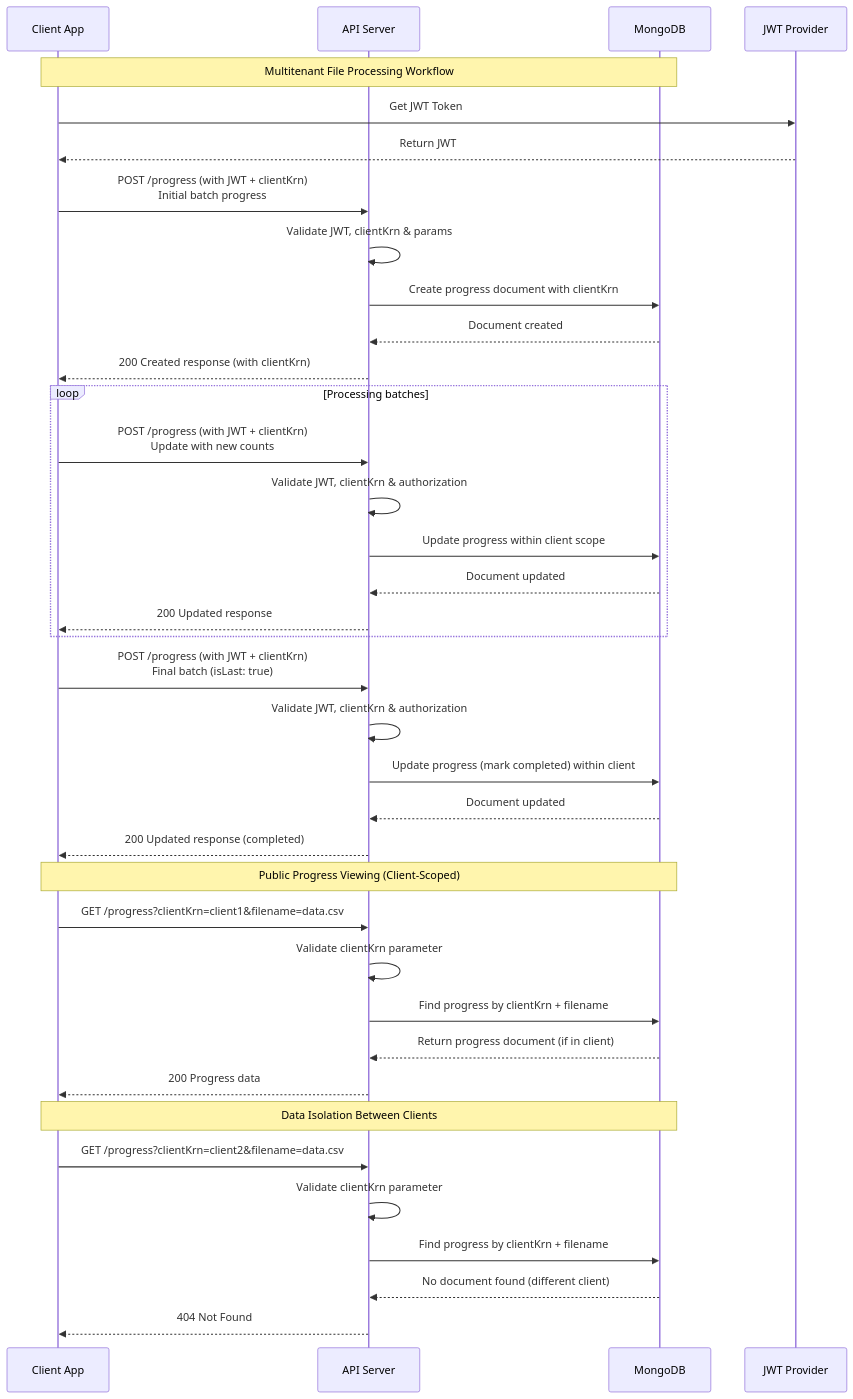
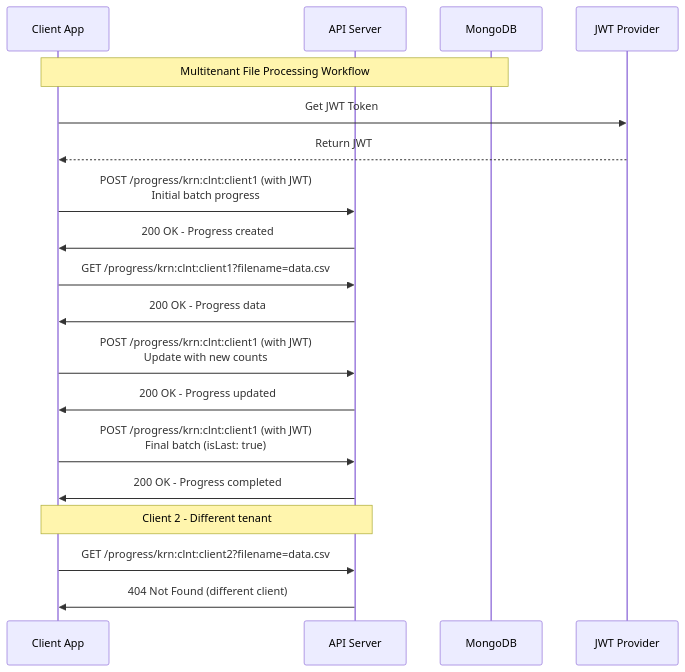
One commit to pirkus/pebbles changed the second of 3 diagrams in use-cases.md. Above: the diagram before and after it, drawn with Mermaid. The commit also changed other lines of this file and 2 other files, not shown here.

Commit message:
Fix API documentation: clientKrn is path parameter, not query/body parameter
- Updated README.md to show correct endpoint paths: /progress/:clientKrn
- Updated use-cases.md with correct API examples and sequence diagrams
- Updated examples/api-usage.md with correct curl commands
- Removed clientKrn from request body examples (it's now a path parameter)
- All tests pass, implementation was already correct

````diff
--- a/use-cases.md
+++ b/use-cases.md
@@ -47,48 +47,25 @@
 ```mermaid
 sequenceDiagram
     participant C as Client App
     participant A as API Server
     participant D as MongoDB
     participant J as JWT Provider
     
     Note over C,D: Multitenant File Processing Workflow
     
     C->>J: Get JWT Token
     J-->>C: Return JWT
     
-    C->>A: POST /progress (with JWT + clientKrn)<br/>Initial batch progress
-    A->>A: Validate JWT, clientKrn & params
-    A->>D: Create progress document with clientKrn
-    D-->>A: Document created
-    A-->>C: 200 Created response (with clientKrn)
+    C->>A: POST /progress/krn:clnt:client1 (with JWT)<br/>Initial batch progress
+    A->>C: 200 OK - Progress created
+    C->>A: GET /progress/krn:clnt:client1?filename=data.csv
+    A->>C: 200 OK - Progress data
+    C->>A: POST /progress/krn:clnt:client1 (with JWT)<br/>Update with new counts
+    A->>C: 200 OK - Progress updated
+    C->>A: POST /progress/krn:clnt:client1 (with JWT)<br/>Final batch (isLast: true)
+    A->>C: 200 OK - Progress completed
     
-    loop Processing batches
-        C->>A: POST /progress (with JWT + clientKrn)<br/>Update with new counts
-        A->>A: Validate JWT, clientKrn & authorization
-        A->>D: Update progress within client scope
-        D-->>A: Document updated
-        A-->>C: 200 Updated response
-    end
-    
-    C->>A: POST /progress (with JWT + clientKrn)<br/>Final batch (isLast: true)
-    A->>A: Validate JWT, clientKrn & authorization
-    A->>D: Update progress (mark completed) within client
-    D-->>A: Document updated
-    A-->>C: 200 Updated response (completed)
-    
-    Note over C,D: Public Progress Viewing (Client-Scoped)
-    
-    C->>A: GET /progress?clientKrn=client1&filename=data.csv
-    A->>A: Validate clientKrn parameter
-    A->>D: Find progress by clientKrn + filename
-    D-->>A: Return progress document (if in client)
-    A-->>C: 200 Progress data
-    
-    Note over C,D: Data Isolation Between Clients
-    
-    C->>A: GET /progress?clientKrn=client2&filename=data.csv
-    A->>A: Validate clientKrn parameter
-    A->>D: Find progress by clientKrn + filename
-    D-->>A: No document found (different client)
-    A-->>C: 404 Not Found
+    Note over C,A: Client 2 - Different tenant
+    C->>A: GET /progress/krn:clnt:client2?filename=data.csv
+    A->>C: 404 Not Found (different client)
 ```
````
